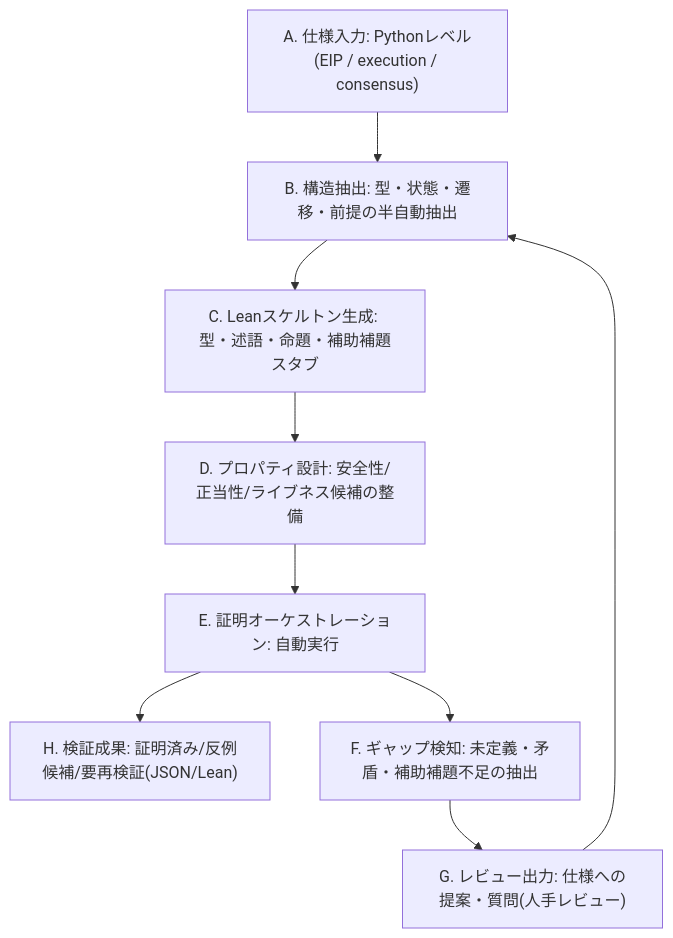
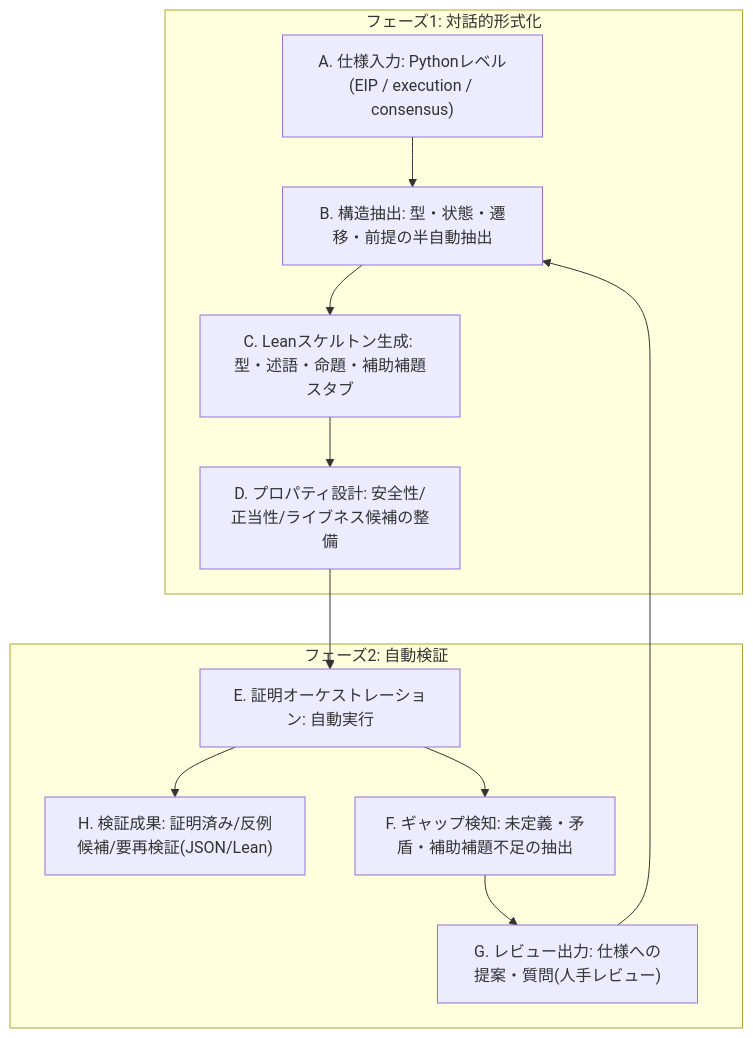
The first of 3 diagrams in proposal.md (Meta-Develop/speca_for_codex), drawn with Mermaid before and after one commit. The commit also changed other lines of this file, not shown here.

````diff
--- a/proposal.md
+++ b/proposal.md
@@ -70,11 +75,15 @@
 ```mermaid
 flowchart TD
-  A["A. 仕様入力: Pythonレベル(EIP / execution / consensus)"] --> B["B. 構造抽出: 型・状態・遷移・前提の半自動抽出"]
-  B --> C["C. Leanスケルトン生成: 型・述語・命題・補助補題スタブ"]
-  C --> D["D. プロパティ設計: 安全性/正当性/ライブネス候補の整備"]
-  D --> E["E. 証明オーケストレーション: 自動実行"]
-  E --> H["H. 検証成果: 証明済み/反例候補/要再検証(JSON/Lean)"]
-  E --> F["F. ギャップ検知: 未定義・矛盾・補助補題不足の抽出"]
-  F --> G["G. レビュー出力: 仕様への提案・質問(人手レビュー)"]
-  G --> B
+  subgraph P1["フェーズ1: 対話的形式化"]
+    A["A. 仕様入力: Pythonレベル(EIP / execution / consensus)"] --> B["B. 構造抽出: 型・状態・遷移・前提の半自動抽出"]
+    B --> C["C. Leanスケルトン生成: 型・述語・命題・補助補題スタブ"]
+    C --> D["D. プロパティ設計: 安全性/正当性/ライブネス候補の整備"]
+  end
+  subgraph P2["フェーズ2: 自動検証"]
+    D --> E["E. 証明オーケストレーション: 自動実行"]
+    E --> H["H. 検証成果: 証明済み/反例候補/要再検証(JSON/Lean)"]
+    E --> F["F. ギャップ検知: 未定義・矛盾・補助補題不足の抽出"]
+    F --> G["G. レビュー出力: 仕様への提案・質問(人手レビュー)"]
+    G --> B
+  end
 ```
````
